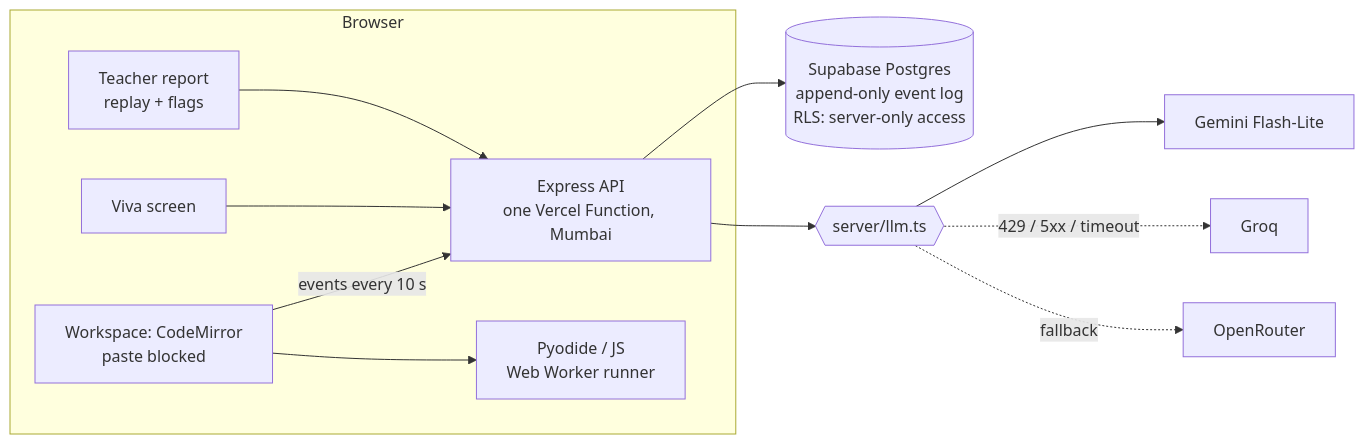
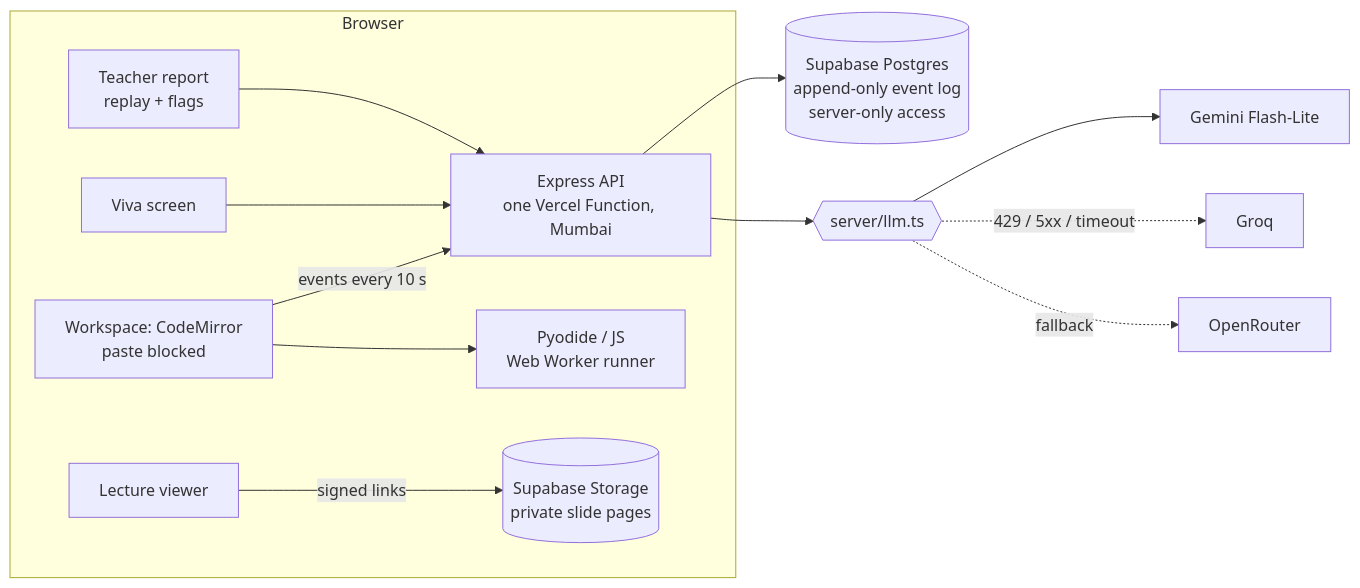
One commit to basit025/socratic-ai changed the diagram in README.md. Above: the diagram before and after it, drawn with Mermaid. The commit also changed other lines of this file and 13 other files, not shown here.

````diff
--- a/README.md
+++ b/README.md
@@ -101,14 +86,15 @@
 ```mermaid
 flowchart LR
   subgraph Browser
     W[Workspace: CodeMirror<br/>paste blocked] -->|events every 10 s| API
     W --> R[Pyodide / JS<br/>Web Worker runner]
+    L[Lecture viewer] -->|signed links| S[(Supabase Storage<br/>private slide pages)]
     V[Viva screen] --> API
     T[Teacher report<br/>replay + flags] --> API
   end
-  API[Express API<br/>one Vercel Function, Mumbai] --> DB[(Supabase Postgres<br/>append-only event log<br/>RLS: server-only access)]
+  API[Express API<br/>one Vercel Function, Mumbai] --> DB[(Supabase Postgres<br/>append-only event log<br/>server-only access)]
   API --> LLM{{server/llm.ts}}
   LLM --> G[Gemini Flash-Lite]
   LLM -.429 / 5xx / timeout.-> Q[Groq]
   LLM -.fallback.-> O[OpenRouter]
 ```
````
